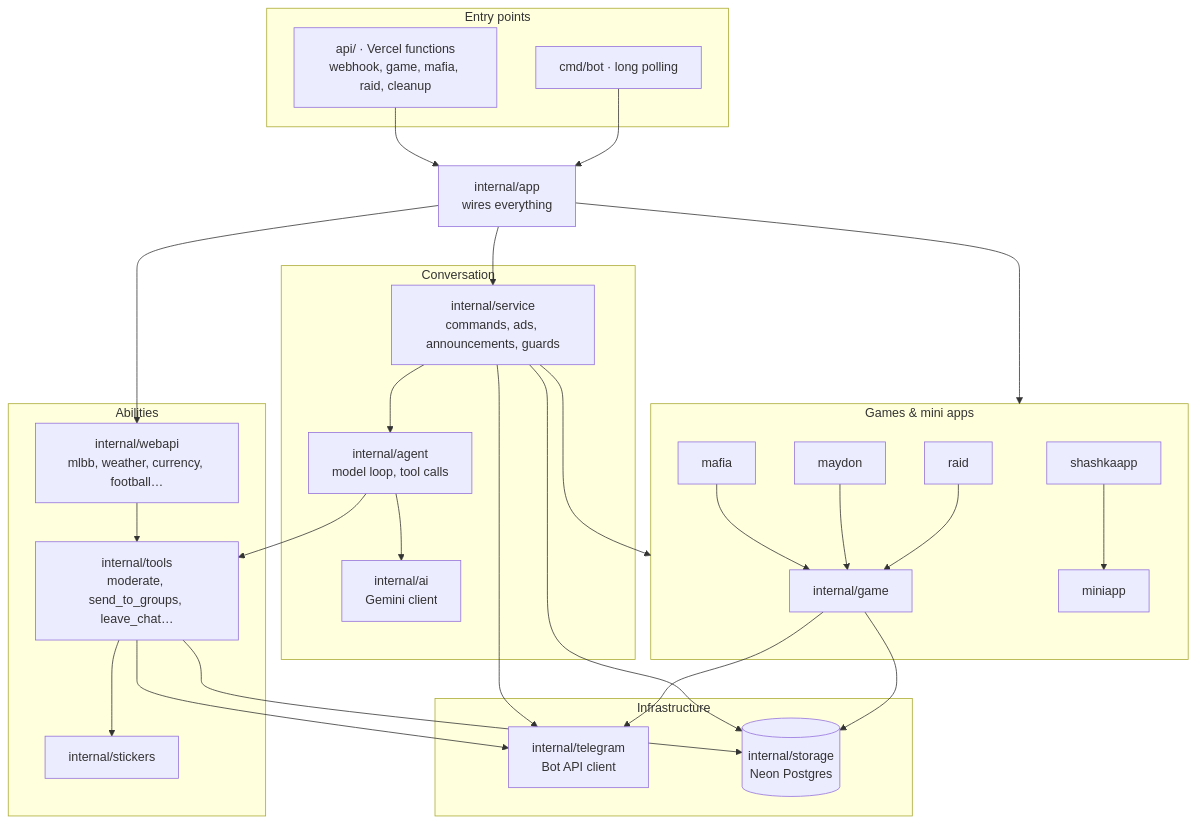
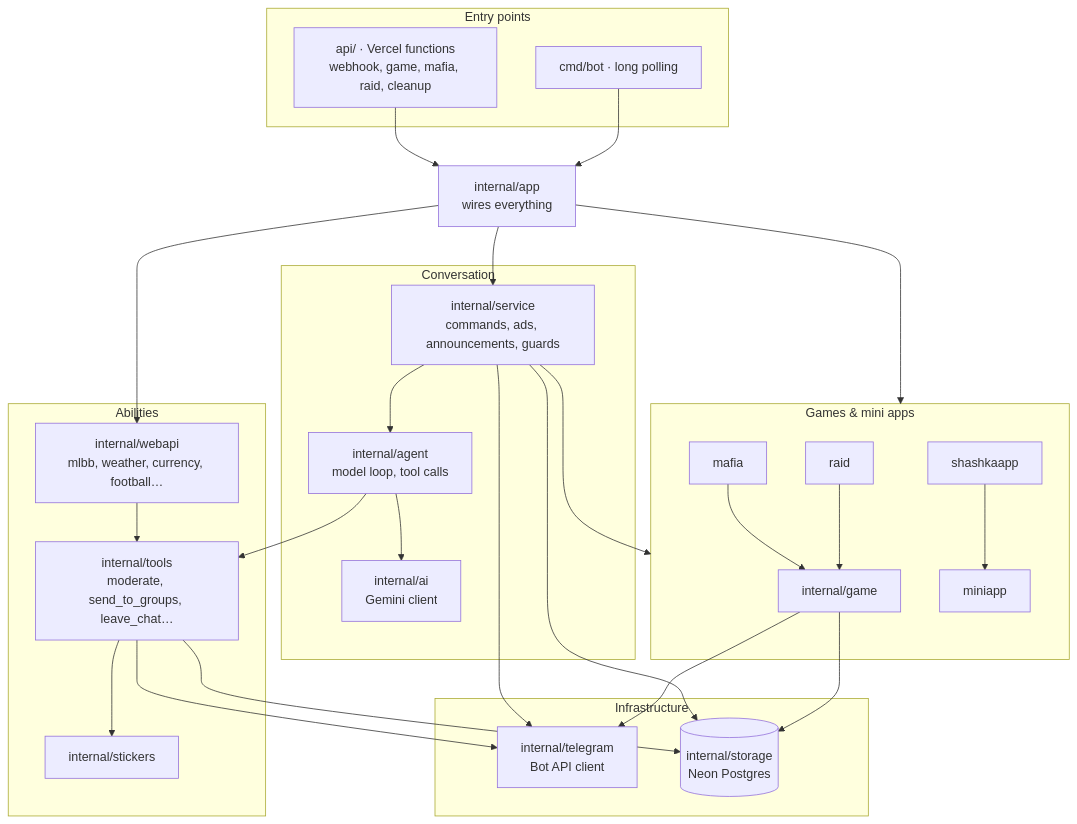
Before and after one commit to qobulov/telegram-ai-bot: the diagram in README.md, drawn with Mermaid. The commit also changed other lines of this file and 26 other files, not shown here.

````diff
--- a/README.md
+++ b/README.md
@@ -85,57 +85,55 @@
 ```mermaid
 flowchart TD
   subgraph entry["Entry points"]
     api["api/ · Vercel functions<br/>webhook, game, mafia, raid, cleanup"]
     cmd["cmd/bot · long polling"]
   end
 
   app["internal/app<br/>wires everything"]
 
   subgraph core["Conversation"]
     service["internal/service<br/>commands, ads, announcements, guards"]
     agent["internal/agent<br/>model loop, tool calls"]
     ai["internal/ai<br/>Gemini client"]
   end
 
   subgraph abilities["Abilities"]
     tools["internal/tools<br/>moderate, send_to_groups, leave_chat…"]
     webapi["internal/webapi<br/>mlbb, weather, currency, football…"]
     stickers["internal/stickers"]
   end
 
   subgraph games["Games & mini apps"]
     game["internal/game"]
     mafia["mafia"]
-    maydon["maydon"]
     raid["raid"]
     shashka["shashkaapp"]
     miniapp["miniapp"]
   end
 
   subgraph infra["Infrastructure"]
     telegram["internal/telegram<br/>Bot API client"]
     storage[("internal/storage<br/>Neon Postgres")]
   end
 
   api --> app
   cmd --> app
   app --> service
   app --> games
   app --> webapi
   service --> agent
   agent --> ai
   agent --> tools
   webapi --> tools
   tools --> stickers
   mafia --> game
-  maydon --> game
   raid --> game
   shashka --> miniapp
   service --> games
   service --> storage
   tools --> storage
   game --> storage
   service --> telegram
   tools --> telegram
   game --> telegram
 ```
````
